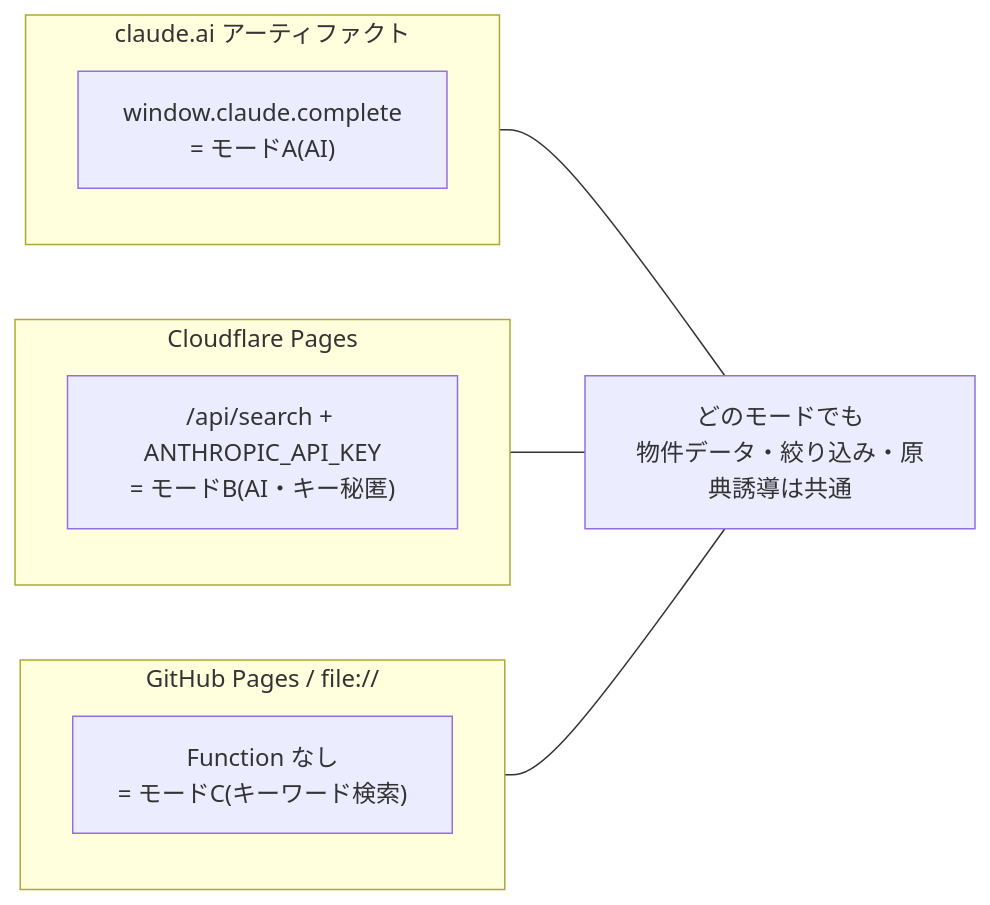
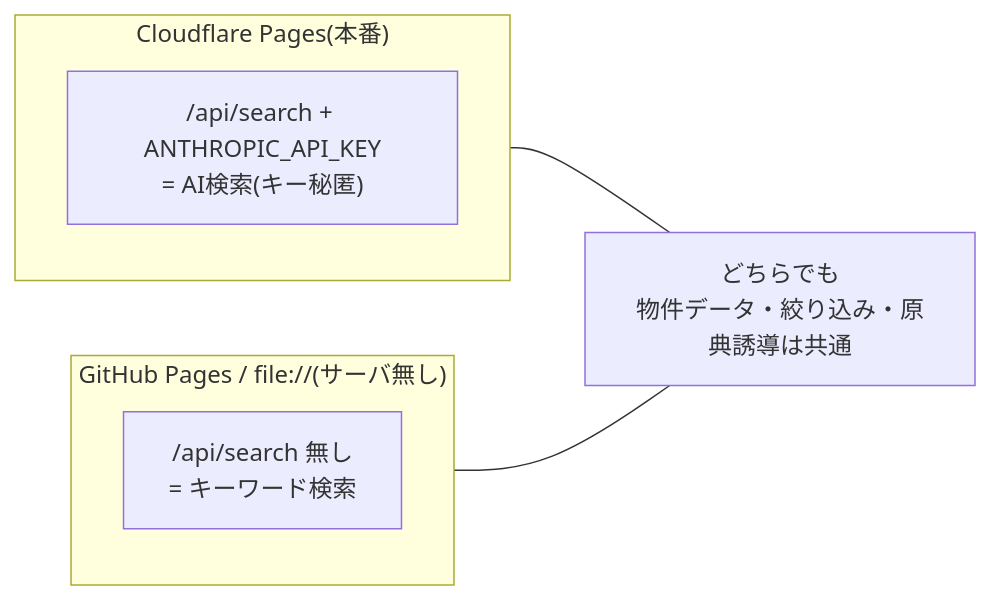
The third of 4 diagrams in docs/architecture.md (shinyanakashima/MLIT-LINKS-akiya-ask), drawn with Mermaid before and after one commit. The commit also changed other lines of this file and 6 other files, not shown here.

````diff
--- a/docs/architecture.md
+++ b/docs/architecture.md
@@ -75,16 +72,12 @@
 ```mermaid
 flowchart LR
-    subgraph A["claude.ai アーティファクト"]
-        a1["window.claude.complete<br/>= モードA(AI)"]
+    subgraph B["Cloudflare Pages(本番)"]
+        b1["/api/search + ANTHROPIC_API_KEY<br/>= AI検索(キー秘匿)"]
     end
-    subgraph B["Cloudflare Pages"]
-        b1["/api/search + ANTHROPIC_API_KEY<br/>= モードB(AI・キー秘匿)"]
+    subgraph C["GitHub Pages / file://(サーバ無し)"]
+        c1["/api/search 無し<br/>= キーワード検索"]
     end
-    subgraph C["GitHub Pages / file://"]
-        c1["Function なし<br/>= モードC(キーワード検索)"]
-    end
-    note["どのモードでも<br/>物件データ・絞り込み・原典誘導は共通"]
-    A --- note
+    note["どちらでも<br/>物件データ・絞り込み・原典誘導は共通"]
     B --- note
     C --- note
 ```
````
